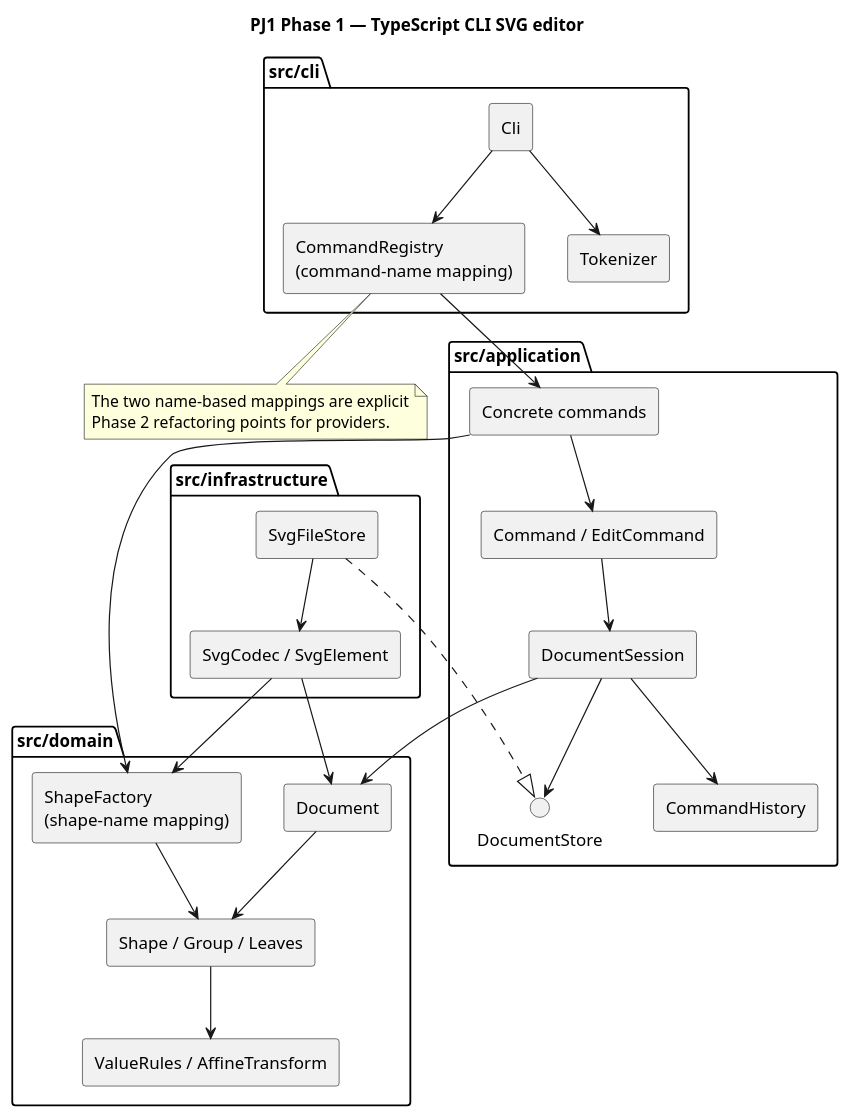
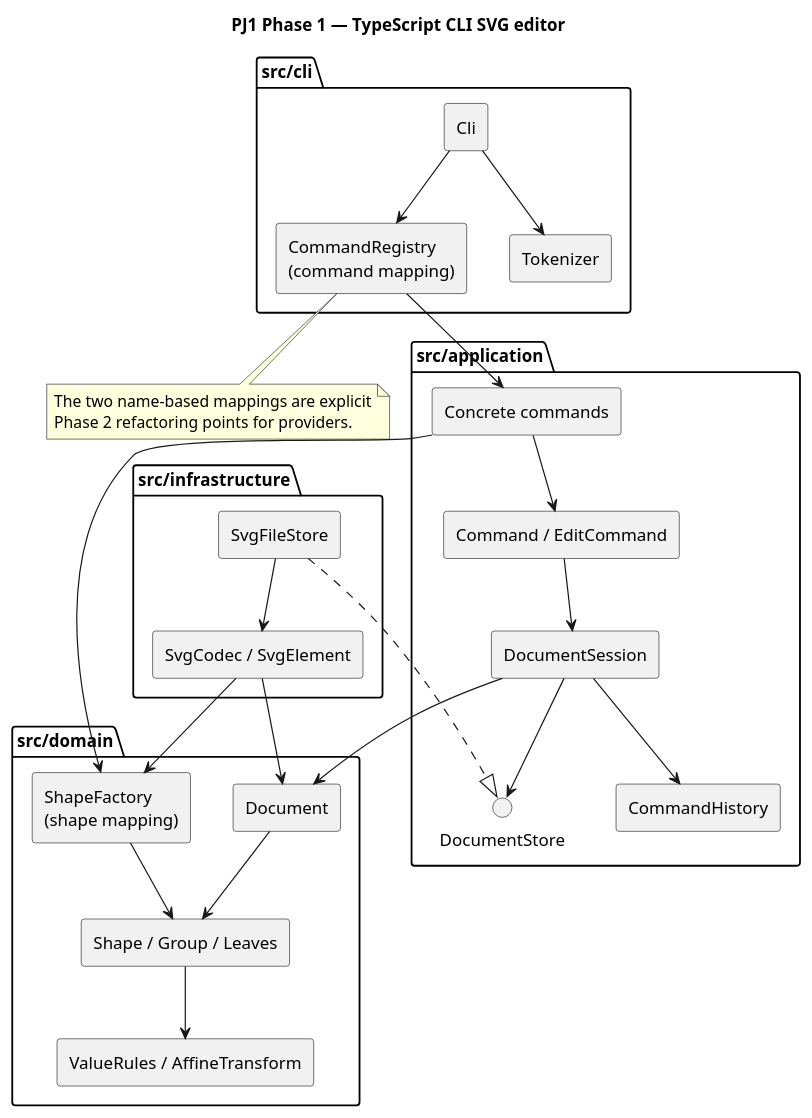
One commit to zyy182/svg- changed the diagram in doc/architecture.puml. Above: the diagram before and after it, drawn with PlantUML. The commit also changed 5 other files, not shown here.

Commit message:
docs: reconcile TypeScript architecture and verify implementation boundaries

```diff
--- a/doc/architecture.puml
+++ b/doc/architecture.puml
@@ -1,46 +1,46 @@
 @startuml
 title PJ1 Phase 1 — TypeScript CLI SVG editor
 skinparam componentStyle rectangle
 package "src/cli" {
-  [Cli]
-  [CommandRegistry\n(command-name mapping)]
-  [Tokenizer]
+  component Cli
+  component "CommandRegistry\n(command mapping)" as Registry
+  component Tokenizer
 }
 package "src/application" {
-  [DocumentSession]
-  [CommandHistory]
-  [Command / EditCommand]
-  [Concrete commands]
+  component DocumentSession
+  component CommandHistory
+  component "Command / EditCommand" as Commands
+  component "Concrete commands" as Concrete
   interface DocumentStore
 }
 package "src/domain" {
-  [Document]
-  [Shape / Group / Leaves]
-  [ShapeFactory\n(shape-name mapping)]
-  [ValueRules / AffineTransform]
+  component Document
+  component "Shape / Group / Leaves" as Shapes
+  component "ShapeFactory\n(shape mapping)" as Factory
+  component "ValueRules / AffineTransform" as Rules
 }
 package "src/infrastructure" {
-  [SvgFileStore]
-  [SvgCodec / SvgElement]
+  component SvgFileStore
+  component "SvgCodec / SvgElement" as Codec
 }
-[Cli] --> [CommandRegistry\n(command-name mapping)]
-[Cli] --> [Tokenizer]
-[CommandRegistry\n(command-name mapping)] --> [Concrete commands]
-[Concrete commands] --> [Command / EditCommand]
-[Command / EditCommand] --> [DocumentSession]
-[DocumentSession] --> [CommandHistory]
-[DocumentSession] --> DocumentStore
-[DocumentSession] --> [Document]
-[Concrete commands] --> [ShapeFactory\n(shape-name mapping)]
-[ShapeFactory\n(shape-name mapping)] --> [Shape / Group / Leaves]
-[Document] --> [Shape / Group / Leaves]
-[Shape / Group / Leaves] --> [ValueRules / AffineTransform]
-[SvgFileStore] ..|> DocumentStore
-[SvgFileStore] --> [SvgCodec / SvgElement]
-[SvgCodec / SvgElement] --> [Document]
-[SvgCodec / SvgElement] --> [ShapeFactory\n(shape-name mapping)]
-note bottom of [CommandRegistry\n(command-name mapping)]
+Cli --> Registry
+Cli --> Tokenizer
+Registry --> Concrete
+Concrete --> Commands
+Commands --> DocumentSession
+DocumentSession --> CommandHistory
+DocumentSession --> DocumentStore
+DocumentSession --> Document
+Concrete --> Factory
+Factory --> Shapes
+Document --> Shapes
+Shapes --> Rules
+SvgFileStore ..|> DocumentStore
+SvgFileStore --> Codec
+Codec --> Document
+Codec --> Factory
+note bottom of Registry
 The two name-based mappings are explicit
 Phase 2 refactoring points for providers.
 end note
 @enduml
```
